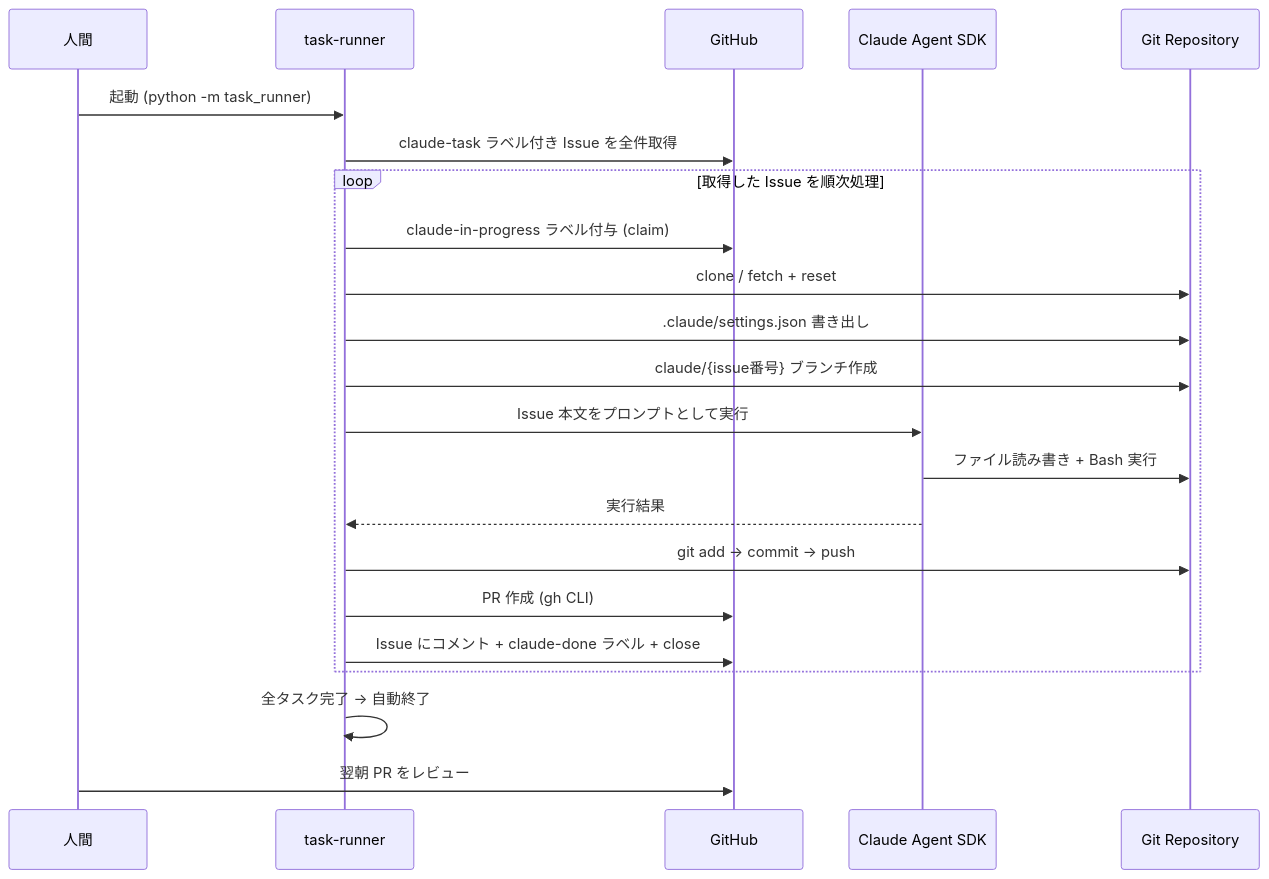
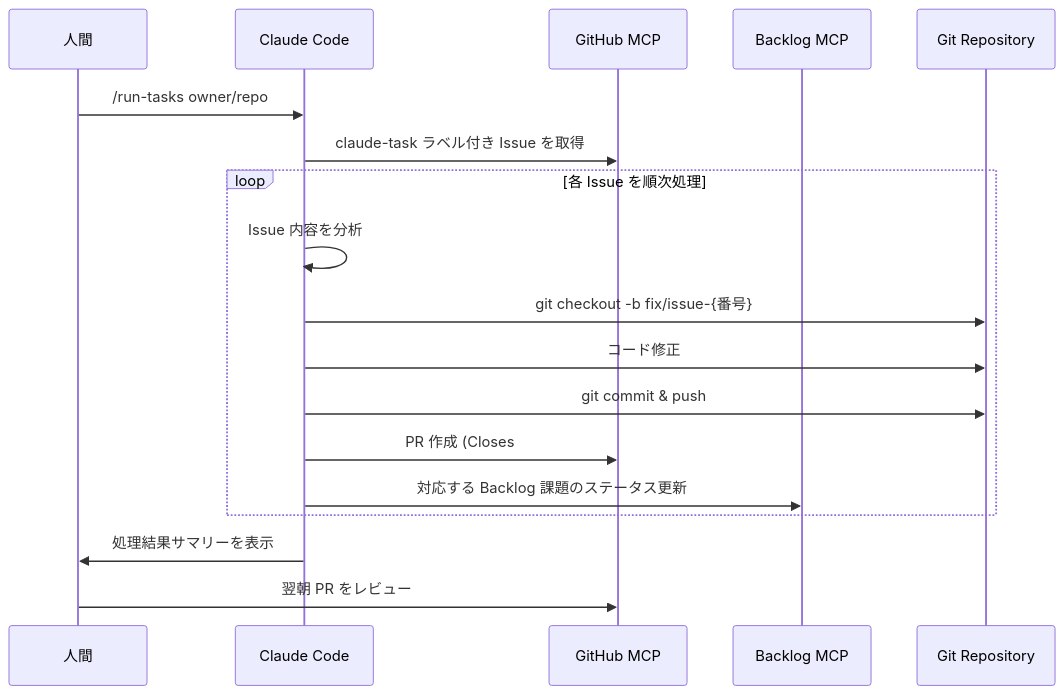
Before and after one commit to nohara-kengo/claude-state-manager: the first of 3 diagrams in README.md, drawn with Mermaid. The commit also changed other lines of this file and 20 other files, not shown here.

````diff
--- a/README.md
+++ b/README.md
@@ -10,29 +9,24 @@
 ```mermaid
 sequenceDiagram
     participant User as 人間
-    participant CLI as task-runner
-    participant GH as GitHub
-    participant C as Claude Agent SDK
+    participant Claude as Claude Code
+    participant GHMCP as GitHub MCP
+    participant BLMCP as Backlog MCP
     participant Repo as Git Repository
 
-    User->>CLI: 起動 (python -m task_runner)
+    User->>Claude: /run-tasks owner/repo
 
-    CLI->>GH: claude-task ラベル付き Issue を全件取得
+    Claude->>GHMCP: claude-task ラベル付き Issue を取得
 
-    loop 取得した Issue を順次処理
-        CLI->>GH: claude-in-progress ラベル付与 (claim)
-        CLI->>Repo: clone / fetch + reset
-        CLI->>Repo: .claude/settings.json 書き出し
-        CLI->>Repo: claude/{issue番号} ブランチ作成
-        CLI->>C: Issue 本文をプロンプトとして実行
-        C->>Repo: ファイル読み書き + Bash 実行
-        C-->>CLI: 実行結果
-        CLI->>Repo: git add → commit → push
-        CLI->>GH: PR 作成 (gh CLI)
-        CLI->>GH: Issue にコメント + claude-done ラベル + close
+    loop 各 Issue を順次処理
+        Claude->>Claude: Issue 内容を分析
+        Claude->>Repo: git checkout -b fix/issue-{番号}
+        Claude->>Repo: コード修正
+        Claude->>Repo: git commit & push
+        Claude->>GHMCP: PR 作成 (Closes #{番号})
+        Claude->>BLMCP: 対応する Backlog 課題のステータス更新
     end
 
-    CLI->>CLI: 全タスク完了 → 自動終了
-
-    User->>GH: 翌朝 PR をレビュー
+    Claude->>User: 処理結果サマリーを表示
+    User->>GHMCP: 翌朝 PR をレビュー
 ```
````
